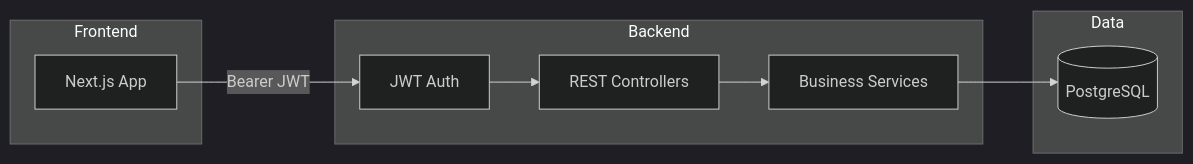
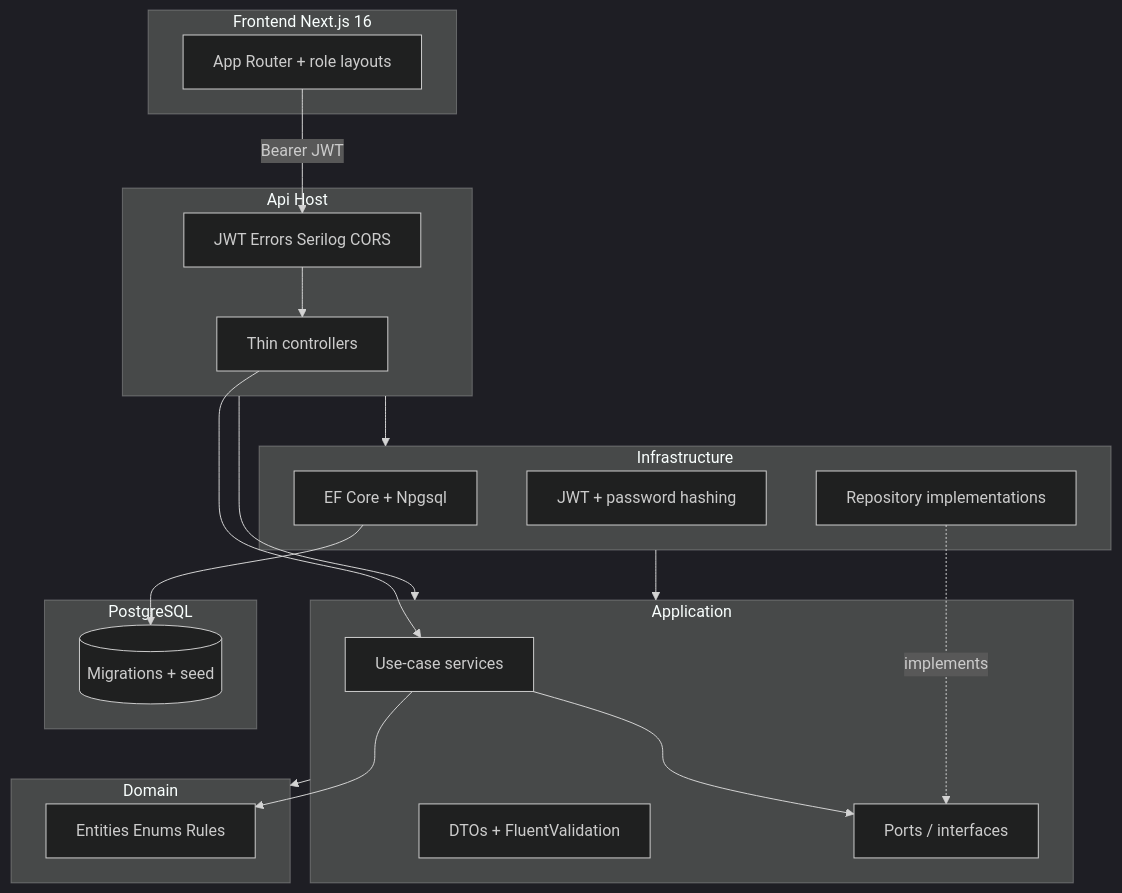
Before and after one commit to EpicVibeCoder/SchoolManagement-.net-: the diagram in .cursor/plans/assignment_system_build_b23f085a.plan.md, drawn with Mermaid (dark theme). The commit also changed other lines of this file and 18 other files, not shown here.

First line of the commit message:
Add initial backend and frontend structure with configuration files

````diff
--- a/.cursor/plans/assignment_system_build_b23f085a.plan.md
+++ b/.cursor/plans/assignment_system_build_b23f085a.plan.md
@@ -42,18 +46,37 @@
 ```mermaid
-flowchart LR
-  subgraph clients [Frontend]
-    Next[Next.js App]
+flowchart TB
+  subgraph clients [Frontend Next.js 16]
+    Next[App Router + role layouts]
   end
-  subgraph api [Backend]
-    Auth[JWT Auth]
-    Controllers[REST Controllers]
-    Services[Business Services]
+  subgraph api [Api Host]
+    Controllers[Thin controllers]
+    Middleware[JWT Errors Serilog CORS]
   end
-  subgraph data [Data]
-    PG[(PostgreSQL)]
+  subgraph application [Application]
+    Services[Use-case services]
+    DTOs[DTOs + FluentValidation]
+    Ports[Ports / interfaces]
   end
-  Next -->|Bearer JWT| Auth
-  Auth --> Controllers
+  subgraph domain [Domain]
+    Entities[Entities Enums Rules]
+  end
+  subgraph infra [Infrastructure]
+    EF[EF Core + Npgsql]
+    JWT[JWT + password hashing]
+    Repos[Repository implementations]
+  end
+  subgraph data [PostgreSQL]
+    PG[(Migrations + seed)]
+  end
+  Next -->|Bearer JWT| Middleware
+  Middleware --> Controllers
   Controllers --> Services
-  Services --> PG
+  Services --> Ports
+  Services --> Entities
+  Repos -.->|implements| Ports
+  EF --> PG
+  api --> application
+  api --> infra
+  infra --> application
+  application --> domain
 ```
````
